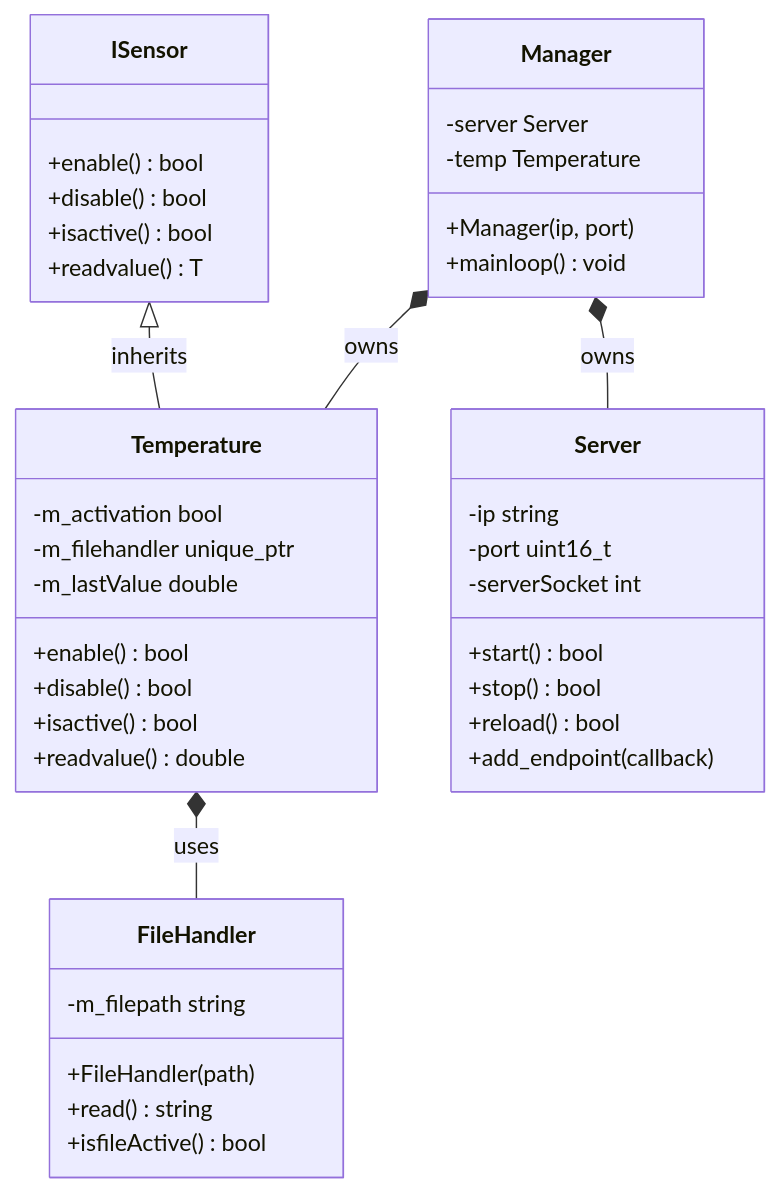
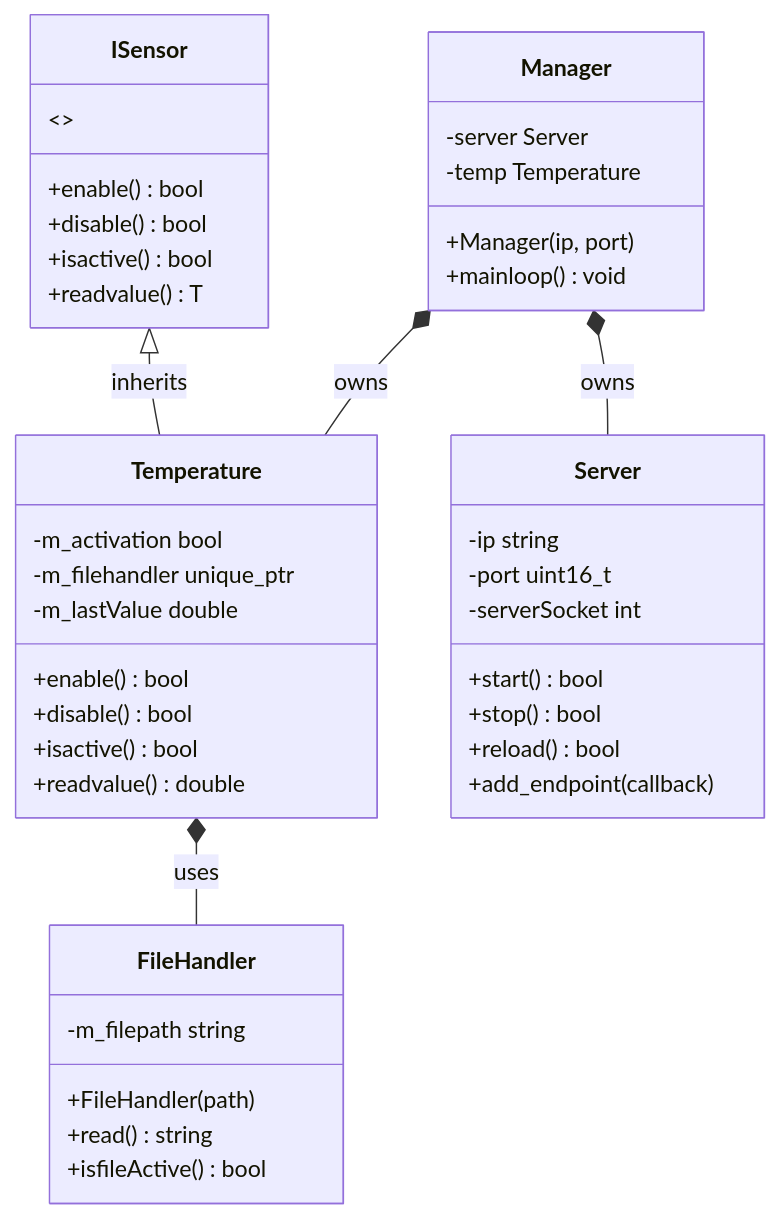
One commit to MahmoudMohamedAli/Temperature_Monitor_UML changed the diagram in README.md. Above: the diagram before and after it, drawn with Mermaid.

Commit message:
add <> for interface

````diff
--- a/README.md
+++ b/README.md
@@ -112,48 +112,49 @@
 ```mermaid
 classDiagram
     class ISensor {
+        <>
         +enable() bool
         +disable() bool
         +isactive() bool
         +readvalue() T
     }
 
     class Temperature {
         -m_activation bool
         -m_filehandler unique_ptr
         -m_lastValue double
         +enable() bool
         +disable() bool
         +isactive() bool
         +readvalue() double
     }
 
     class FileHandler {
         -m_filepath string
         +FileHandler(path)
         +read() string
         +isfileActive() bool
     }
 
     class Server {
         -ip string
         -port uint16_t
         -serverSocket int
         +start() bool
         +stop() bool
         +reload() bool
         +add_endpoint(callback)
     }
 
     class Manager {
         -server Server
         -temp Temperature
         +Manager(ip, port)
         +mainloop() void
     }
 
     ISensor <|-- Temperature : inherits
     Temperature *-- FileHandler : uses
     Manager *-- Server : owns
     Manager *-- Temperature : owns
 ```
````
